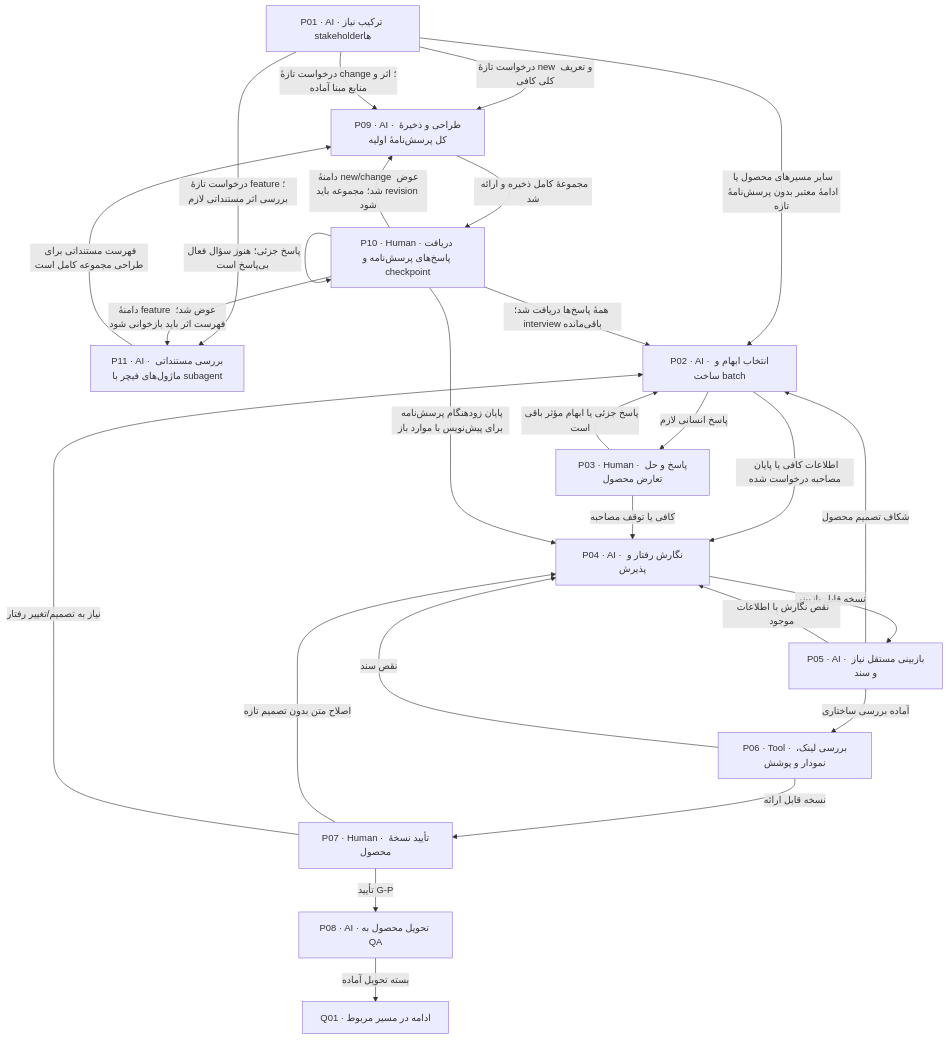
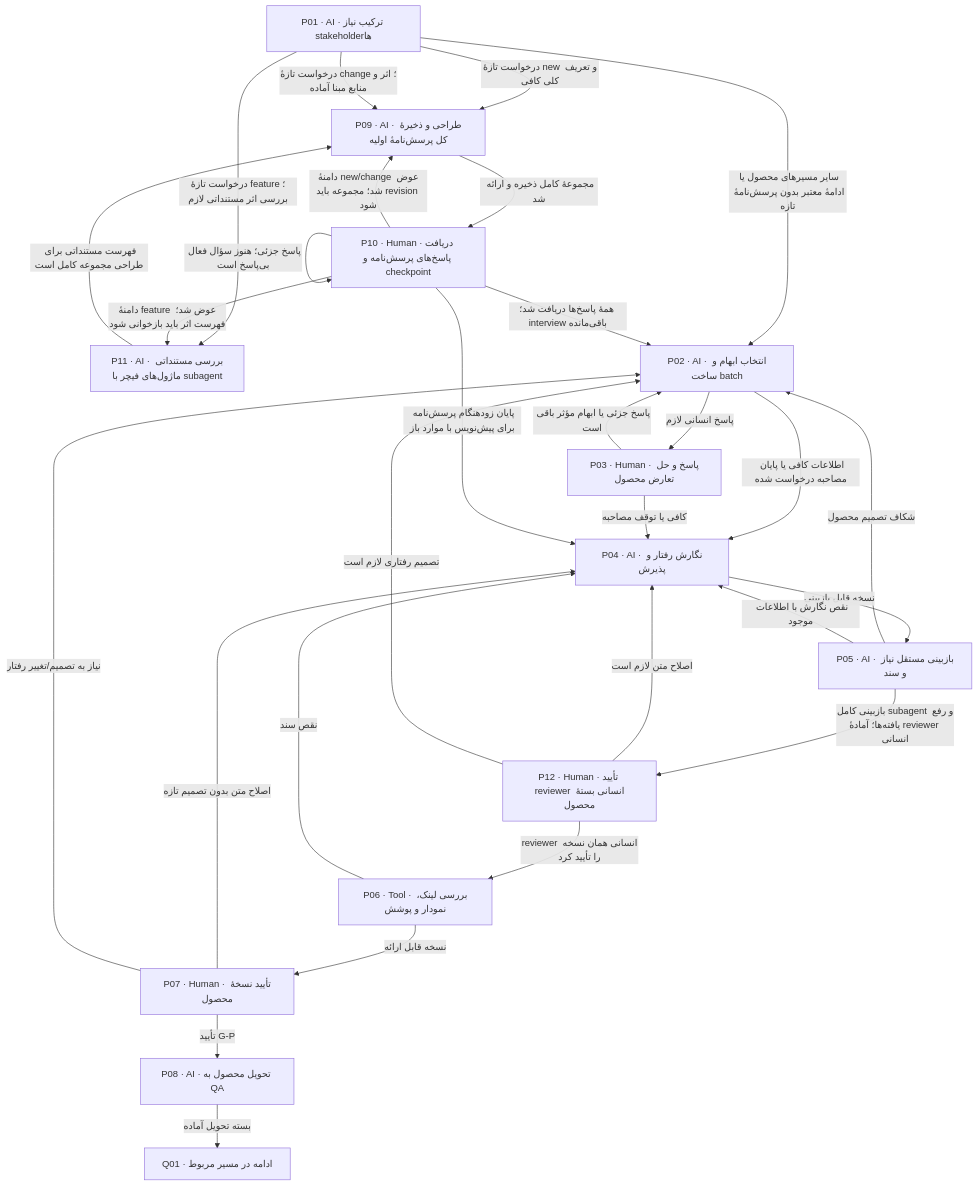
The diagram in workflows/02-product.md (oveysrostami/product-workflow), drawn with Mermaid before and after one commit. The commit also changed other lines of this file and 37 other files, not shown here.

````diff
--- a/workflows/02-product.md
+++ b/workflows/02-product.md
@@ -7,40 +7,44 @@
 ```mermaid
 flowchart TD
     P01["P01 · AI · ترکیب نیاز stakeholderها"]
     P02["P02 · AI · انتخاب ابهام و ساخت batch"]
     P03["P03 · Human · پاسخ و حل تعارض محصول"]
     P04["P04 · AI · نگارش رفتار و پذیرش"]
     P05["P05 · AI · بازبینی مستقل نیاز و سند"]
     P06["P06 · Tool · بررسی لینک، نمودار و پوشش"]
     P07["P07 · Human · تأیید نسخهٔ محصول"]
     P08["P08 · AI · تحویل محصول به QA"]
     P09["P09 · AI · طراحی و ذخیرهٔ کل پرسش‌نامهٔ اولیه"]
     P10["P10 · Human · دریافت پاسخ‌های پرسش‌نامه و checkpoint"]
     P11["P11 · AI · بررسی مستنداتی ماژول‌های فیچر با subagent"]
+    P12["P12 · Human · تأیید reviewer انسانی بستهٔ محصول"]
     Q01["Q01 · ادامه در مسیر مربوط"]
     P01 -->|"درخواست تازهٔ new و تعریف کلی کافی"| P09
     P01 -->|"درخواست تازهٔ change؛ اثر و منابع مبنا آماده"| P09
     P01 -->|"درخواست تازهٔ feature؛ بررسی اثر مستنداتی لازم"| P11
     P01 -->|"سایر مسیرهای محصول یا ادامهٔ معتبر بدون پرسش‌نامهٔ تازه"| P02
     P02 -->|"پاسخ انسانی لازم"| P03
     P02 -->|"اطلاعات کافی یا پایان مصاحبه درخواست شده"| P04
     P03 -->|"پاسخ جزئی یا ابهام مؤثر باقی است"| P02
     P03 -->|"کافی یا توقف مصاحبه"| P04
     P04 -->|"نسخه قابل بازبینی"| P05
     P05 -->|"شکاف تصمیم محصول"| P02
     P05 -->|"نقص نگارش با اطلاعات موجود"| P04
-    P05 -->|"آماده بررسی ساختاری"| P06
+    P05 -->|"بازبینی کامل subagent و رفع یافته‌ها؛ آمادهٔ reviewer انسانی"| P12
     P06 -->|"نقص سند"| P04
     P06 -->|"نسخه قابل ارائه"| P07
     P07 -->|"تأیید G-P"| P08
     P07 -->|"اصلاح متن بدون تصمیم تازه"| P04
     P07 -->|"نیاز به تصمیم/تغییر رفتار"| P02
     P08 -->|"بسته تحویل آماده"| Q01
     P09 -->|"مجموعهٔ کامل ذخیره و ارائه شد"| P10
     P10 -->|"پاسخ جزئی؛ هنوز سؤال فعال بی‌پاسخ است"| P10
     P10 -->|"همهٔ پاسخ‌ها دریافت شد؛ interview باقی‌مانده"| P02
     P10 -->|"دامنهٔ feature عوض شد؛ فهرست اثر باید بازخوانی شود"| P11
     P10 -->|"دامنهٔ new/change عوض شد؛ مجموعه باید revision شود"| P09
     P10 -->|"پایان زودهنگام پرسش‌نامه برای پیش‌نویس با موارد باز"| P04
     P11 -->|"فهرست مستنداتی برای طراحی مجموعه کامل است"| P09
+    P12 -->|"reviewer انسانی همان نسخه را تأیید کرد"| P06
+    P12 -->|"اصلاح متن لازم است"| P04
+    P12 -->|"تصمیم رفتاری لازم است"| P02
 ```
````
